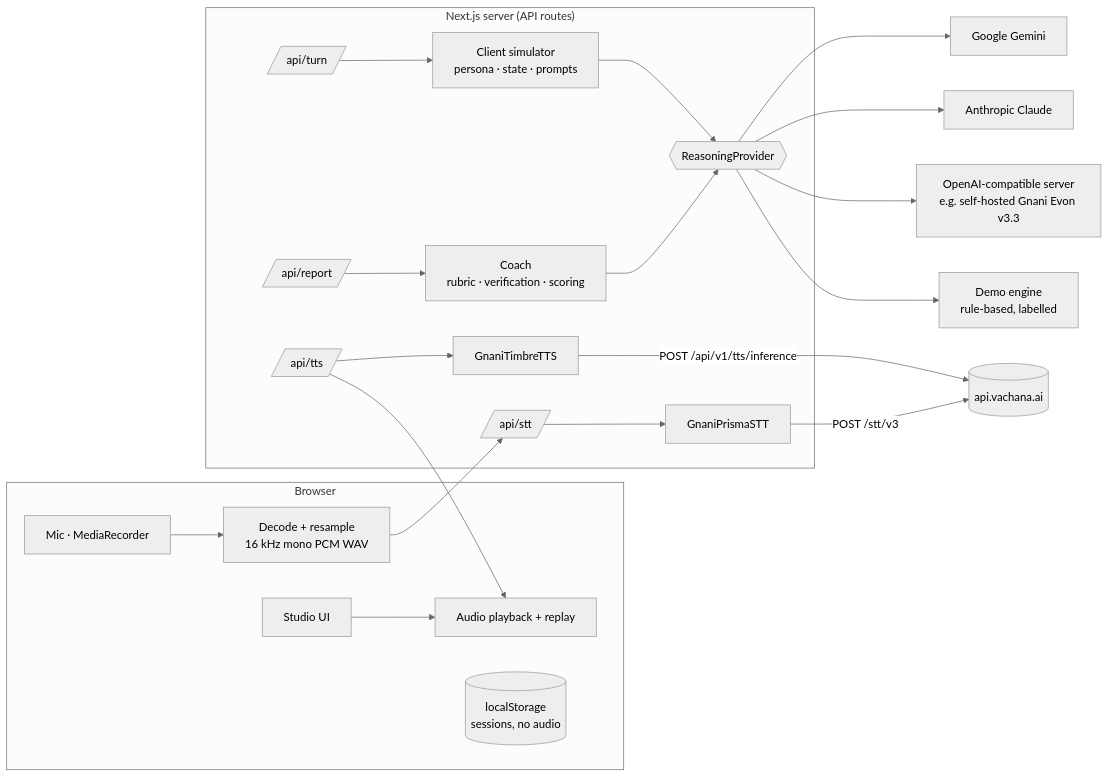
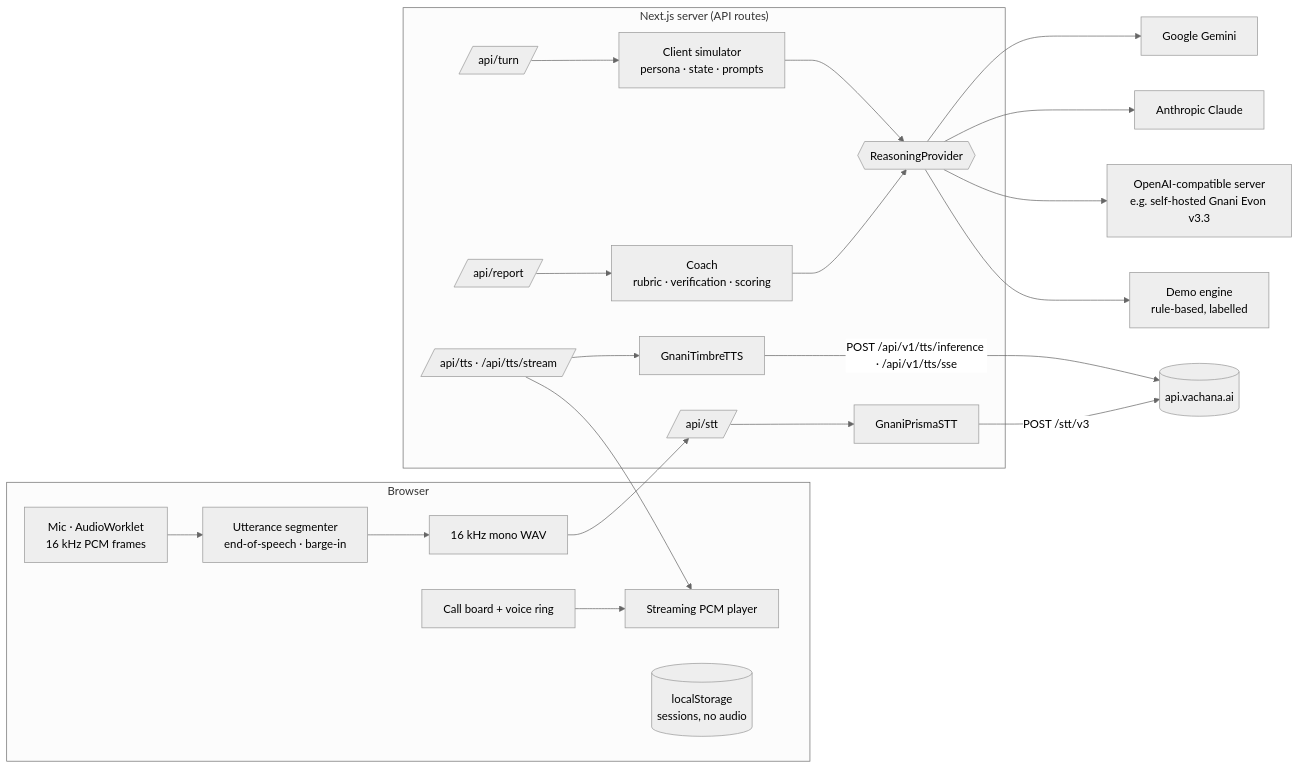
One commit to Mandalorian7773/ClientReady changed the diagram in README.md. Above: the diagram before and after it, drawn with Mermaid (neutral theme). The commit also changed other lines of this file and 42 other files, not shown here.

````diff
--- a/README.md
+++ b/README.md
@@ -26,24 +29,25 @@
 ```mermaid
 flowchart LR
   subgraph Browser
-    MIC[Mic · MediaRecorder] --> CONV[Decode + resample<br/>16 kHz mono PCM WAV]
-    UI[Studio UI] --> AUDIO[Audio playback + replay]
+    MIC[Mic · AudioWorklet<br/>16 kHz PCM frames] --> VAD[Utterance segmenter<br/>end-of-speech · barge-in]
+    VAD --> CONV[16 kHz mono WAV]
+    UI[Call board + voice ring] --> AUDIO[Streaming PCM player]
     LS[(localStorage<br/>sessions, no audio)]
   end
   subgraph "Next.js server (API routes)"
     STT[/api/stt/] --> PRISMA[GnaniPrismaSTT]
     TURN[/api/turn/] --> ENGINE[Client simulator<br/>persona · state · prompts]
     REPORT[/api/report/] --> COACH[Coach<br/>rubric · verification · scoring]
-    TTS[/api/tts/] --> TIMBRE[GnaniTimbreTTS]
+    TTS[/api/tts · /api/tts/stream/] --> TIMBRE[GnaniTimbreTTS]
     ENGINE --> R{{ReasoningProvider}}
     COACH --> R
   end
   CONV --> STT
   PRISMA -->|POST /stt/v3| G1[(api.vachana.ai)]
-  TIMBRE -->|POST /api/v1/tts/inference| G1
+  TIMBRE -->|POST /api/v1/tts/inference · /api/v1/tts/sse| G1
   R --> GM[Google Gemini]
   R --> A[Anthropic Claude]
   R --> O[OpenAI-compatible server<br/>e.g. self-hosted Gnani Evon v3.3]
   R --> D[Demo engine<br/>rule-based, labelled]
   TTS --> AUDIO
 ```
````
